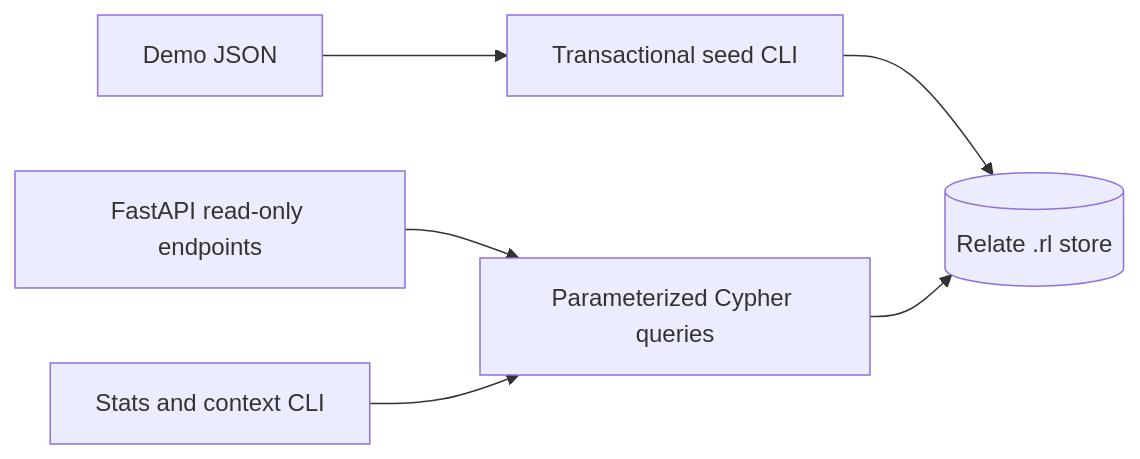
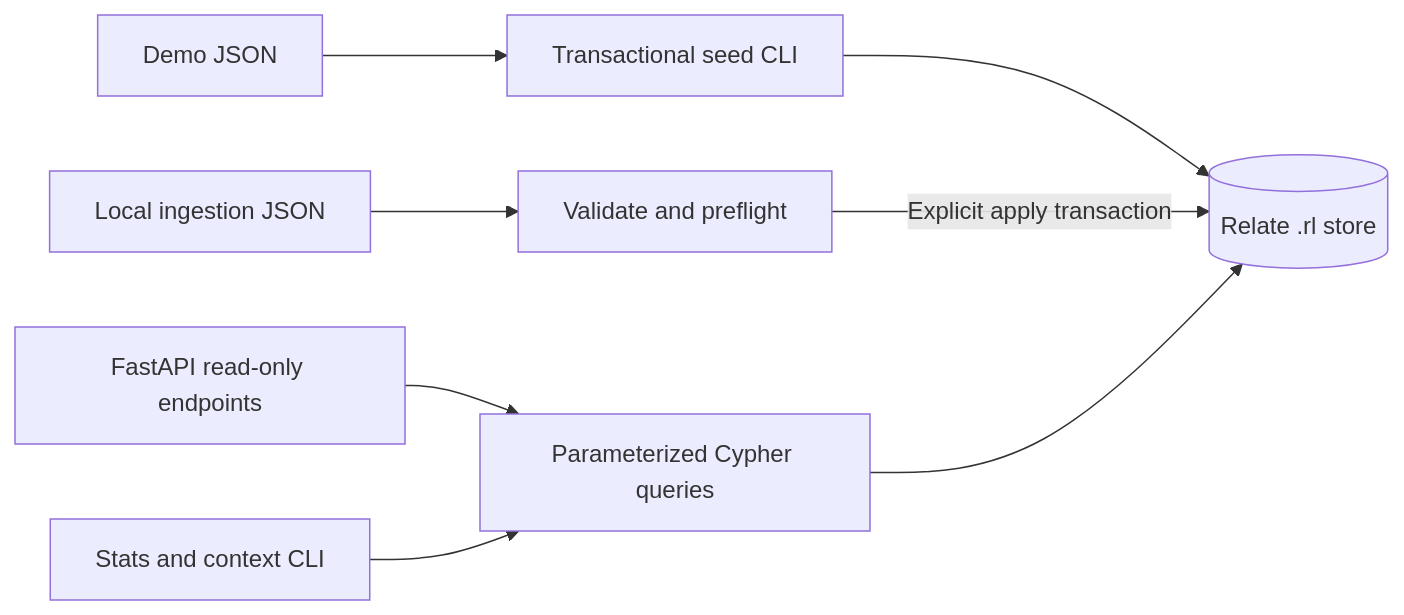
One commit to HIZMALI/TraceWeaver changed the diagram in README.md. Above: the diagram before and after it, drawn with Mermaid. The commit also changed other lines of this file and 37 other files, not shown here.

Commit message:
sprint02: add trusted ingestion and reproducible graph evaluation

````diff
--- a/README.md
+++ b/README.md
@@ -41,8 +45,10 @@
 ```mermaid
 flowchart LR
     Fixture[Demo JSON] --> Seed[Transactional seed CLI]
     Seed --> Store[(Relate .rl store)]
+    Export[Local ingestion JSON] --> Intake[Validate and preflight]
+    Intake -->|Explicit apply transaction| Store
     API[FastAPI read-only endpoints] --> Queries[Parameterized Cypher queries]
     CLI[Stats and context CLI] --> Queries
     Queries --> Store
 ```
````
